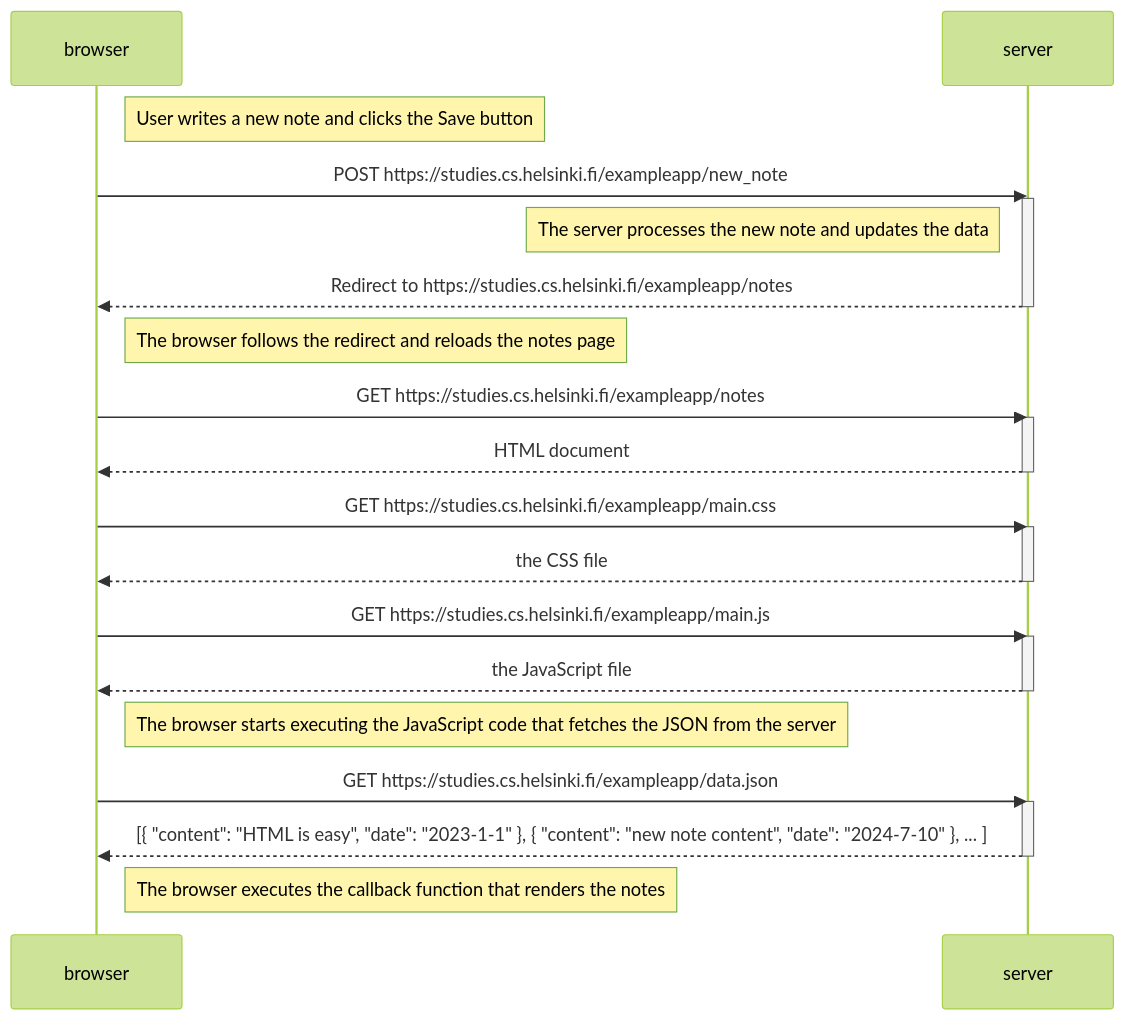
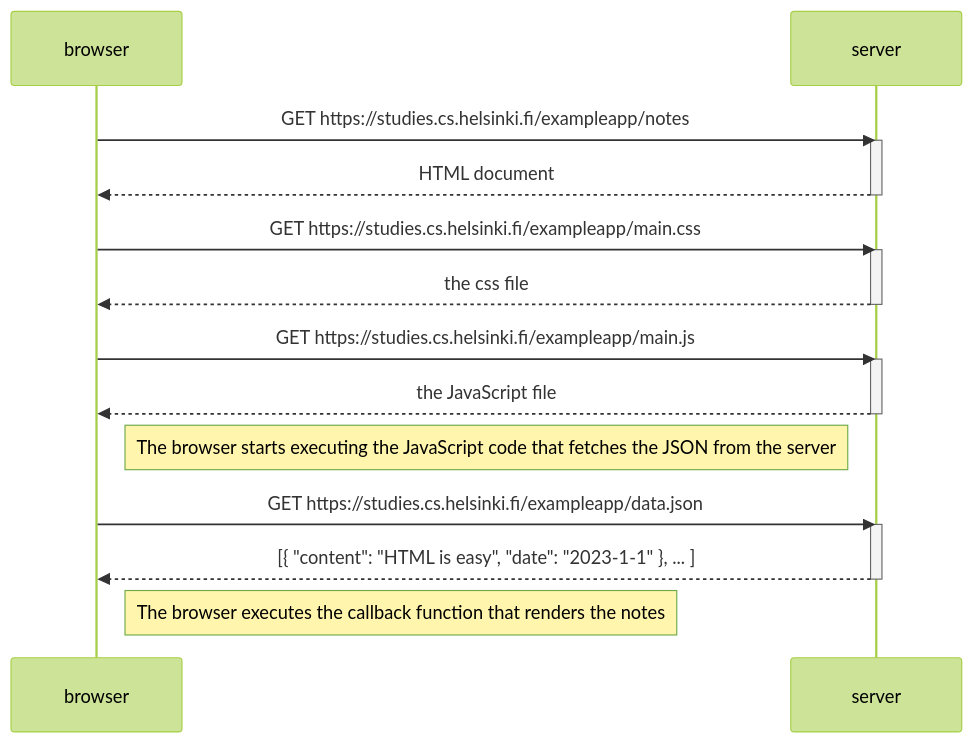
The diagram in README.md (rashmikanaveen/HTML_Works), drawn with Mermaid (forest theme) before and after one commit.

Commit message:
correct one

````diff
--- a/README.md
+++ b/README.md
@@ -1,41 +1,29 @@
 ```mermaid
 sequenceDiagram
     participant browser
     participant server
-
-    Note right of browser: User writes a new note and clicks the Save button
-
-    browser->>server: POST https://studies.cs.helsinki.fi/exampleapp/new_note
-    activate server
-    Note left of server: The server processes the new note and updates the data
-
-    server-->>browser: Redirect to https://studies.cs.helsinki.fi/exampleapp/notes
-    deactivate server
-
-    Note right of browser: The browser follows the redirect and reloads the notes page
 
     browser->>server: GET https://studies.cs.helsinki.fi/exampleapp/notes
     activate server
     server-->>browser: HTML document
     deactivate server
 
     browser->>server: GET https://studies.cs.helsinki.fi/exampleapp/main.css
     activate server
-    server-->>browser: the CSS file
+    server-->>browser: the css file
     deactivate server
 
     browser->>server: GET https://studies.cs.helsinki.fi/exampleapp/main.js
     activate server
     server-->>browser: the JavaScript file
     deactivate server
 
     Note right of browser: The browser starts executing the JavaScript code that fetches the JSON from the server
 
     browser->>server: GET https://studies.cs.helsinki.fi/exampleapp/data.json
     activate server
-    server-->>browser: [{ "content": "HTML is easy", "date": "2023-1-1" }, { "content": "new note content", "date": "2024-7-10" }, ... ]
+    server-->>browser: [{ "content": "HTML is easy", "date": "2023-1-1" }, ... ]
     deactivate server
 
     Note right of browser: The browser executes the callback function that renders the notes
-
 ```
````
